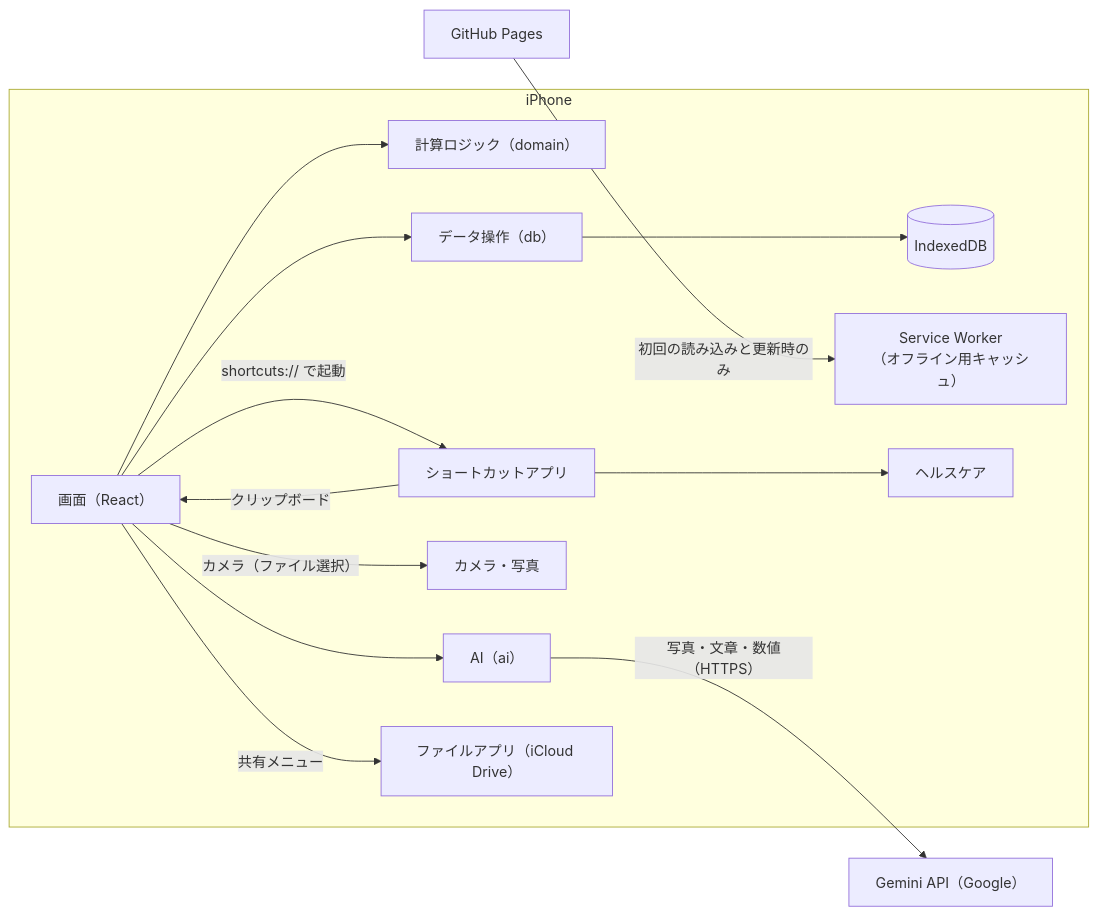
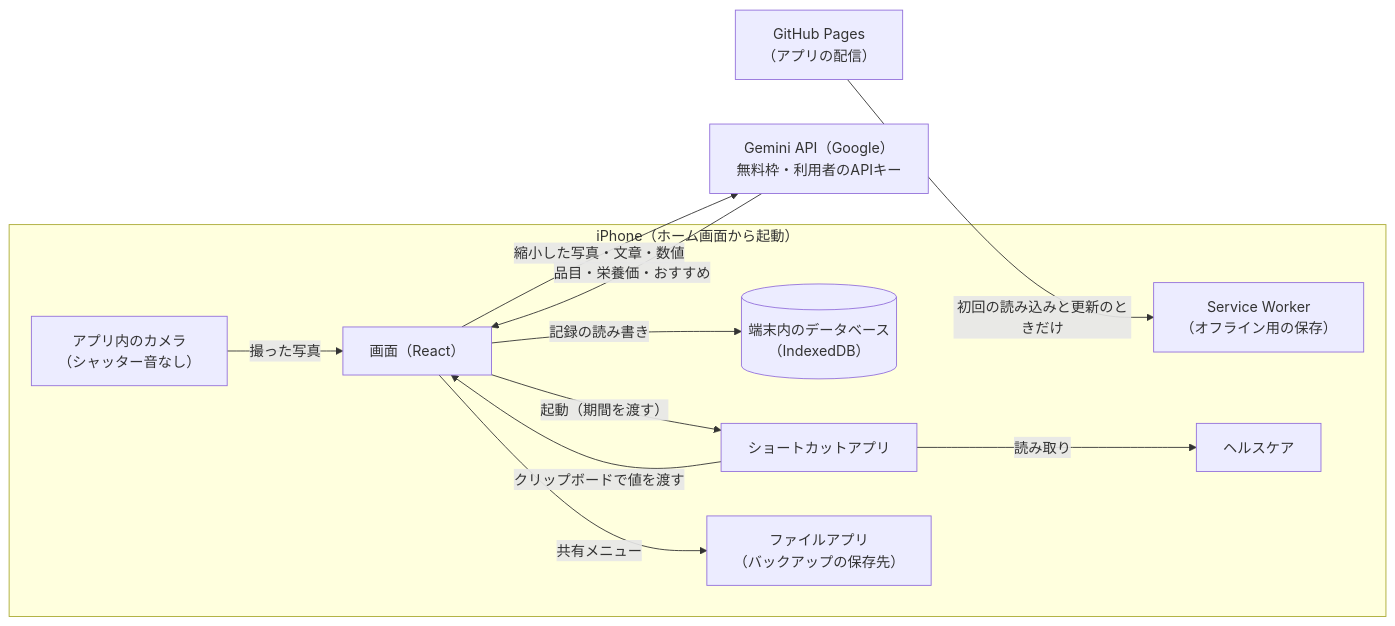
The first of 2 diagrams in 仕様書/基本設計書.md (ryotasg24/Track-my-meals), drawn with Mermaid before and after one commit. The commit also changed other lines of this file and 2 other files, not shown here.

Commit message:
基本設計書 2.2・3.2 の図を最新の動きに更新（第1.9版）。CLAUDE.md の図と仕様書の更新のルールを上位の共通ルールに寄せた

````diff
--- a/仕様書/基本設計書.md
+++ b/仕様書/基本設計書.md
@@ -59,17 +59,24 @@
 ```mermaid
 flowchart LR
-  subgraph iPhone
-    UI["画面（React）"] --> Logic["計算ロジック（domain）"]
-    UI --> Repo["データ操作（db）"]
-    UI --> AI["AI（ai）"]
-    Repo --> IDB[("IndexedDB")]
-    SW["Service Worker<br>（オフライン用キャッシュ）"]
-    UI -- "カメラ（ファイル選択）" --> Cam["カメラ・写真"]
-    UI -- "shortcuts:// で起動" --> SC["ショートカットアプリ"]
-    SC --> HK["ヘルスケア"]
-    SC -- "クリップボード" --> UI
-    UI -- "共有メニュー" --> Files["ファイルアプリ（iCloud Drive）"]
+  subgraph iPhone["iPhone（ホーム画面から起動）"]
+    UI["画面（React）"]
+    Cam["アプリ内のカメラ<br>（シャッター音なし）"]
+    IDB[("端末内のデータベース<br>（IndexedDB）")]
+    SW["Service Worker<br>（オフライン用の保存）"]
+    SC["ショートカットアプリ"]
+    HK["ヘルスケア"]
+    Files["ファイルアプリ<br>（バックアップの保存先）"]
   end
-  AI -- "写真・文章・数値（HTTPS）" --> Gemini["Gemini API（Google）"]
-  GH["GitHub Pages"] -- "初回の読み込みと更新時のみ" --> SW
+  Gemini["Gemini API（Google）<br>無料枠・利用者のAPIキー"]
+  GH["GitHub Pages<br>（アプリの配信）"]
+
+  Cam -- "撮った写真" --> UI
+  UI -- "記録の読み書き" --> IDB
+  UI -- "縮小した写真・文章・数値" --> Gemini
+  Gemini -- "品目・栄養価・おすすめ" --> UI
+  UI -- "起動（期間を渡す）" --> SC
+  SC -- "読み取り" --> HK
+  SC -- "クリップボードで値を渡す" --> UI
+  UI -- "共有メニュー" --> Files
+  GH -- "初回の読み込みと更新のときだけ" --> SW
 ```
````
